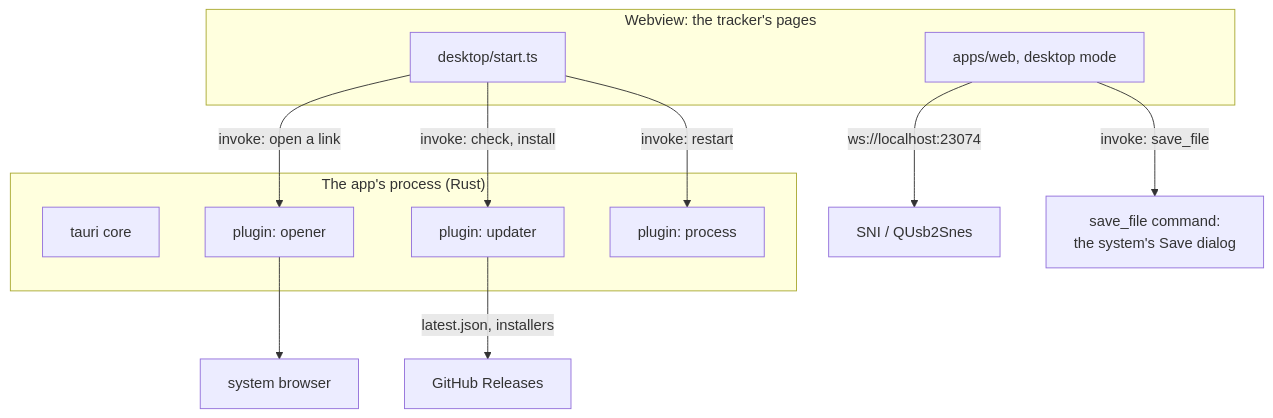
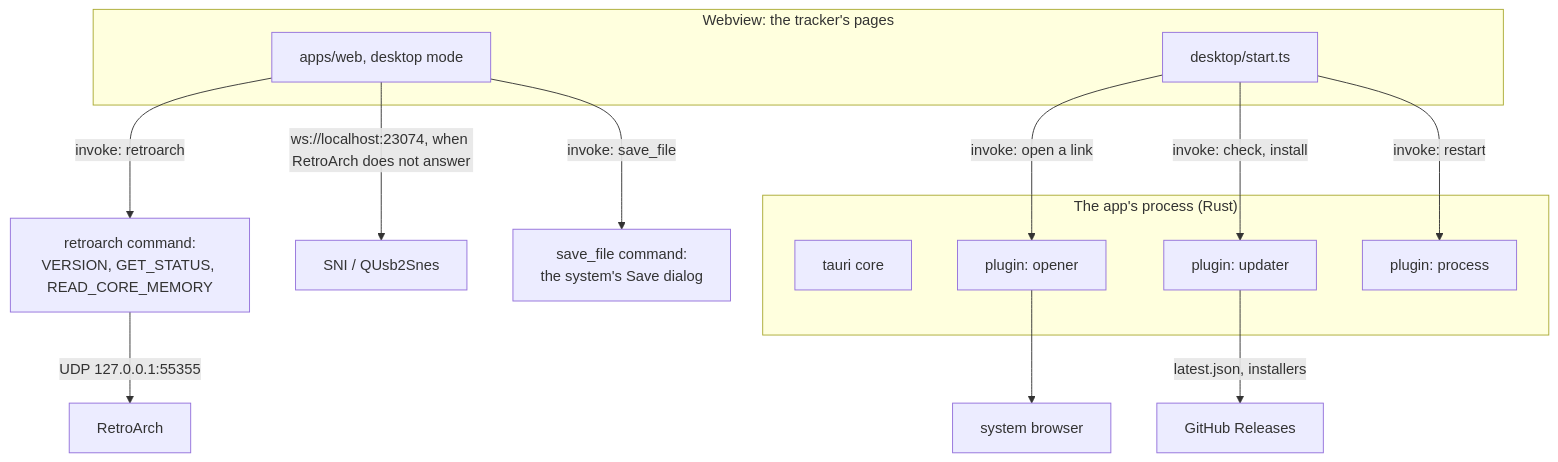
One commit to kqesar/alltp-tracker changed the second of 4 diagrams in docs/desktop.md. Above: the diagram before and after it, drawn with Mermaid. The commit also changed other lines of this file and 16 other files, not shown here.

First line of the commit message:
feat(desktop): read RetroArch without SNI

````diff
--- a/docs/desktop.md
+++ b/docs/desktop.md
@@ -37,18 +37,20 @@
 ```mermaid
 flowchart TB
   subgraph App["The app's process (Rust)"]
     core["tauri core"]
     opener["plugin: opener"]
     updater["plugin: updater"]
     process["plugin: process"]
   end
   subgraph Webview["Webview: the tracker's pages"]
     page["apps/web, desktop mode"]
     start["desktop/start.ts"]
   end
-  page -- "ws://localhost:23074" --> SNI["SNI / QUsb2Snes"]
+  page -- "invoke: retroarch" --> udp["retroarch command:<br/>VERSION, GET_STATUS, READ_CORE_MEMORY"]
+  udp -- "UDP 127.0.0.1:55355" --> RA["RetroArch"]
+  page -- "ws://localhost:23074, when RetroArch does not answer" --> SNI["SNI / QUsb2Snes"]
   start -- "invoke: open a link" --> opener --> browser["system browser"]
   start -- "invoke: check, install" --> updater -- "latest.json, installers" --> releases["GitHub Releases"]
   start -- "invoke: restart" --> process
   page -- "invoke: save_file" --> dialog["save_file command:<br/>the system's Save dialog"]
 ```
````
